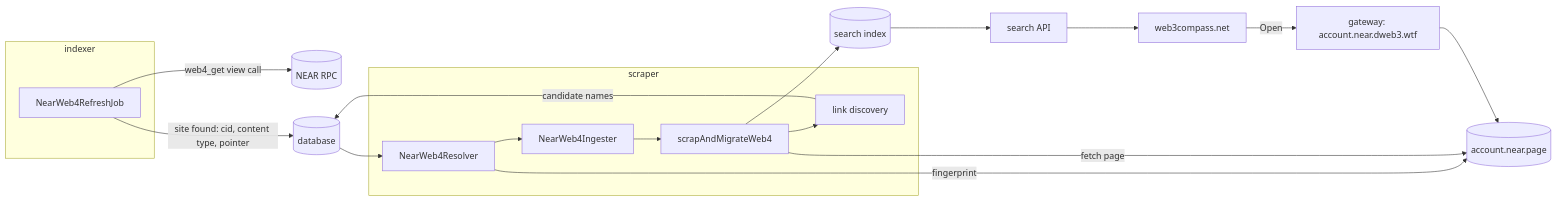
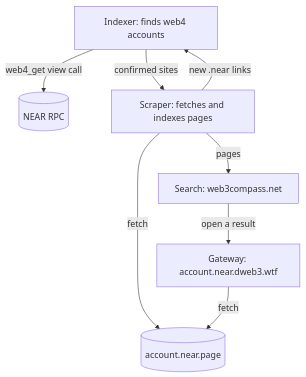
Before and after one commit to blockstars-tech/web3-compass-near: the diagram in README.md, drawn with Mermaid. The commit also changed other lines of this file, not shown here.

````diff
--- a/README.md
+++ b/README.md
@@ -41,24 +33,17 @@
 ```mermaid
-flowchart LR
-  RPC[(NEAR RPC)]
+flowchart TD
+  RPC[("NEAR RPC")]
   PAGE[("account.near.page")]
-  subgraph indexer
-    J[NearWeb4RefreshJob]
-  end
-  subgraph scraper
-    R[NearWeb4Resolver] --> I[NearWeb4Ingester] --> S[scrapAndMigrateWeb4]
-    S --> D[link discovery]
-  end
-  DB[(database)]
-  MS[(search index)]
-  J -- "web4_get view call" --> RPC
-  J -- "site found: cid, content type, pointer" --> DB
-  DB --> R
-  R -- "fingerprint" --> PAGE
-  S -- "fetch page" --> PAGE
-  S --> MS
-  D -- "candidate names" --> DB
-  MS --> API[search API] --> FE[web3compass.net]
-  FE -- "Open" --> GW["gateway: account.near.dweb3.wtf"]
-  GW --> PAGE
+  IDX["Indexer: finds web4 accounts"]
+  SCR["Scraper: fetches and indexes pages"]
+  SEARCH["Search: web3compass.net"]
+  GW["Gateway: account.near.dweb3.wtf"]
+
+  IDX -- "web4_get view call" --> RPC
+  IDX -- "confirmed sites" --> SCR
+  SCR -- "new .near links" --> IDX
+  SCR -- "fetch" --> PAGE
+  SCR -- "pages" --> SEARCH
+  SEARCH -- "open a result" --> GW
+  GW -- "fetch" --> PAGE
 ```
````
